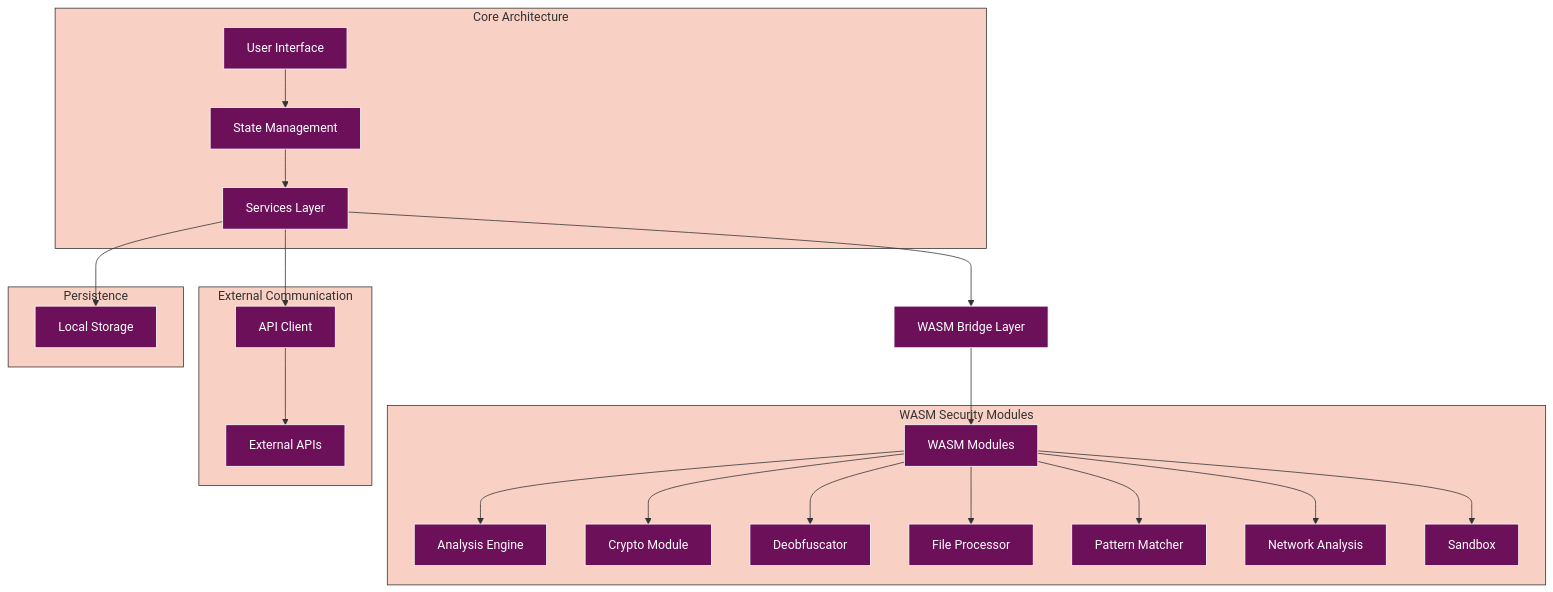
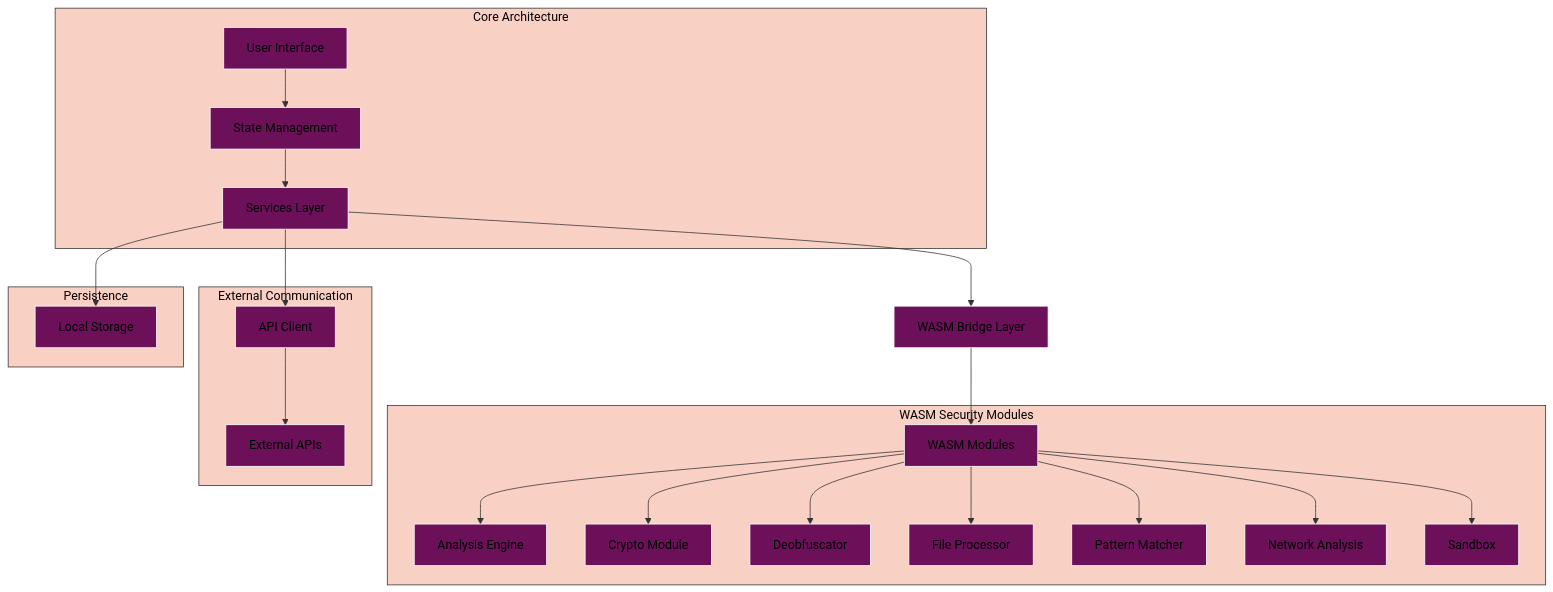
The diagram in README.md (radicalkjax/Athena), drawn with Mermaid before and after one commit. The commit also changed other lines of this file and 123 other files, not shown here.

````diff
--- a/README.md
+++ b/README.md
@@ -277,56 +289,56 @@
 ```mermaid
 %%{init: {
   'theme': 'base',
   'themeVariables': {
     'primaryColor': '#6d105a',
-    'primaryTextColor': '#ffffff',
+    'primaryTextColor': '#000000',
     'primaryBorderColor': '#ffffff',
     'lineColor': '#333333',
     'secondaryColor': '#e8f4d4',
-    'secondaryTextColor': '#333333',
+    'secondaryTextColor': '#000000',
     'secondaryBorderColor': '#333333',
     'tertiaryColor': '#f9d0c4',
-    'tertiaryTextColor': '#333333',
+    'tertiaryTextColor': '#000000',
     'tertiaryBorderColor': '#333333',
     'background': '#ffffff',
     'mainBkg': '#6d105a',
     'secondBkg': '#e8f4d4',
     'tertiaryBkg': '#f9d0c4',
-    'textColor': '#333333',
+    'textColor': '#000000',
     'fontFamily': 'Arial, sans-serif'
   }
 }}%%
 flowchart TD
     A[User Interface] --> B[State Management]
     B --> C[Services Layer]
     C --> D[API Client]
     C --> E[Local Storage]
     C --> W[WASM Bridge Layer]
     D --> F[External APIs]
     W --> WM[WASM Modules]
     
     subgraph "Core Architecture"
         A
         B
         C
     end
     
     subgraph "WASM Security Modules"
         WM --> WM1[Analysis Engine]
         WM --> WM2[Crypto Module]
         WM --> WM3[Deobfuscator]
         WM --> WM4[File Processor]
         WM --> WM5[Pattern Matcher]
         WM --> WM6[Network Analysis]
         WM --> WM7[Sandbox]
     end
     
     subgraph "External Communication"
         D
         F
     end
     
     subgraph "Persistence"
         E
     end
 ```
````
